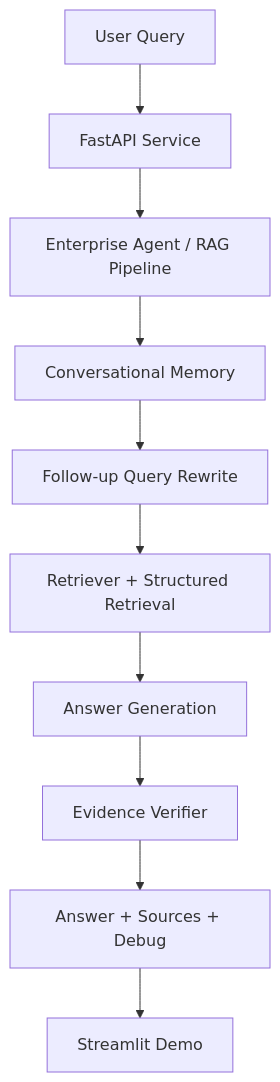
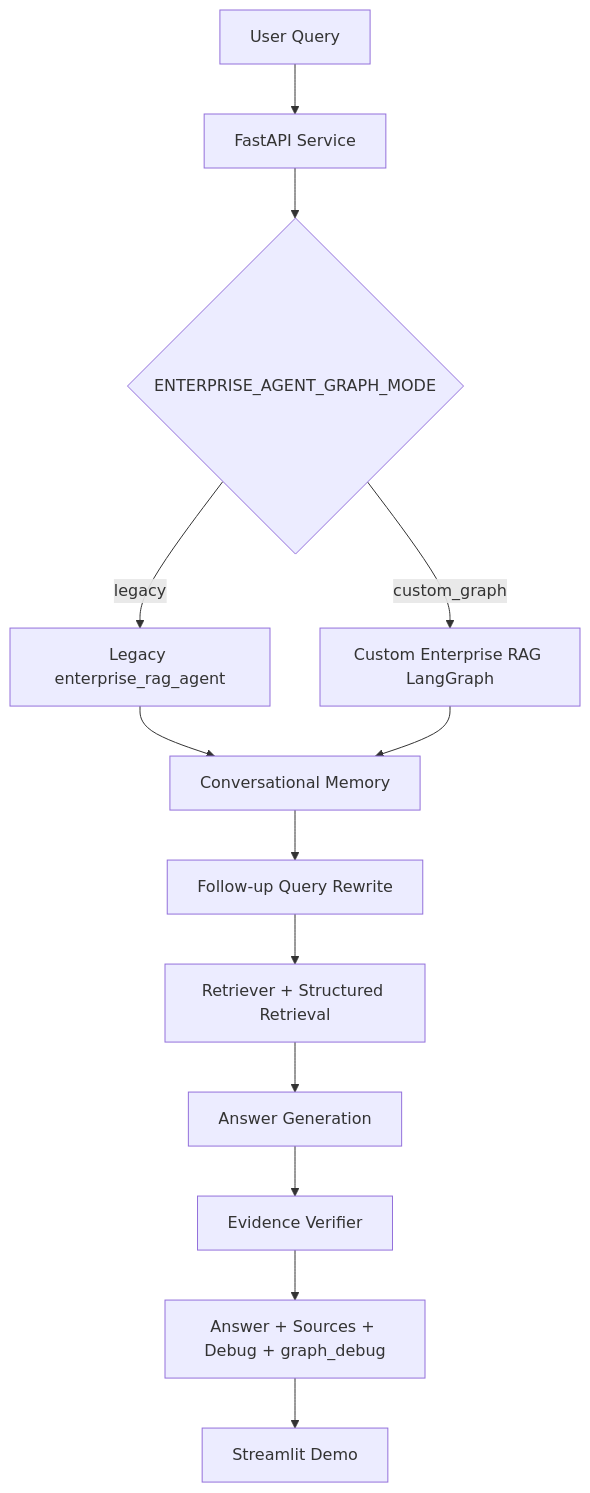
One commit to piao666/agent-service-toolkit changed the first of 2 diagrams in README.md. Above: the diagram before and after it, drawn with Mermaid. The commit also changed other lines of this file and 1 other file, not shown here.

````diff
--- a/README.md
+++ b/README.md
@@ -40,12 +41,15 @@
 ```mermaid
 flowchart TD
     U["User Query"] --> API["FastAPI Service"]
-    API --> A["Enterprise Agent / RAG Pipeline"]
+    API --> MODE{"ENTERPRISE_AGENT_GRAPH_MODE"}
+    MODE -->|legacy| A["Legacy enterprise_rag_agent"]
+    MODE -->|custom_graph| CG["Custom Enterprise RAG LangGraph"]
     A --> M["Conversational Memory"]
+    CG --> M
     M --> Q["Follow-up Query Rewrite"]
     Q --> R["Retriever + Structured Retrieval"]
     R --> G["Answer Generation"]
     G --> V["Evidence Verifier"]
-    V --> O["Answer + Sources + Debug"]
+    V --> O["Answer + Sources + Debug + graph_debug"]
     O --> UI["Streamlit Demo"]
 ```
````
